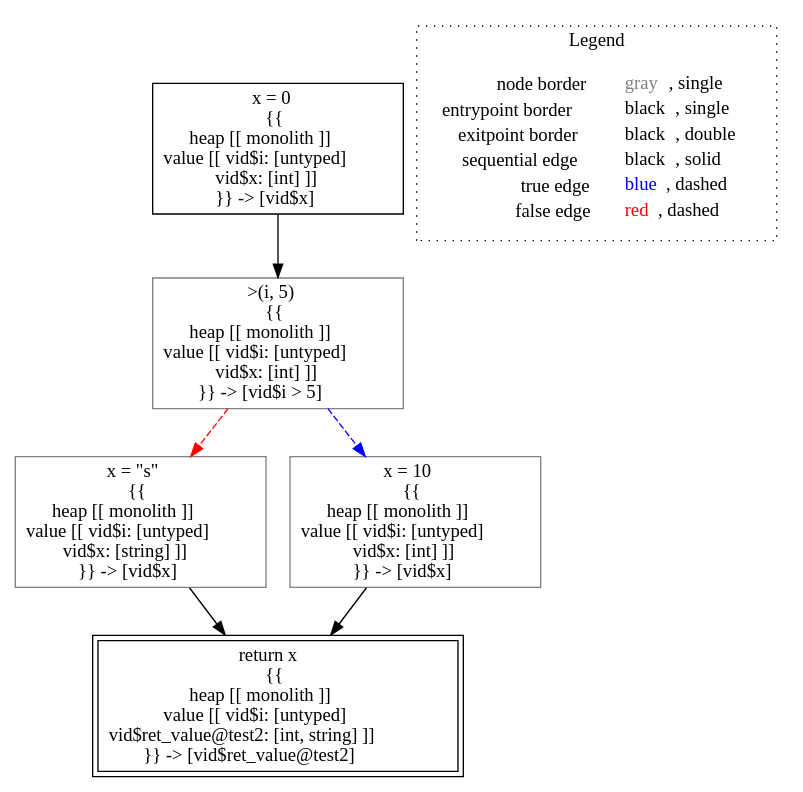
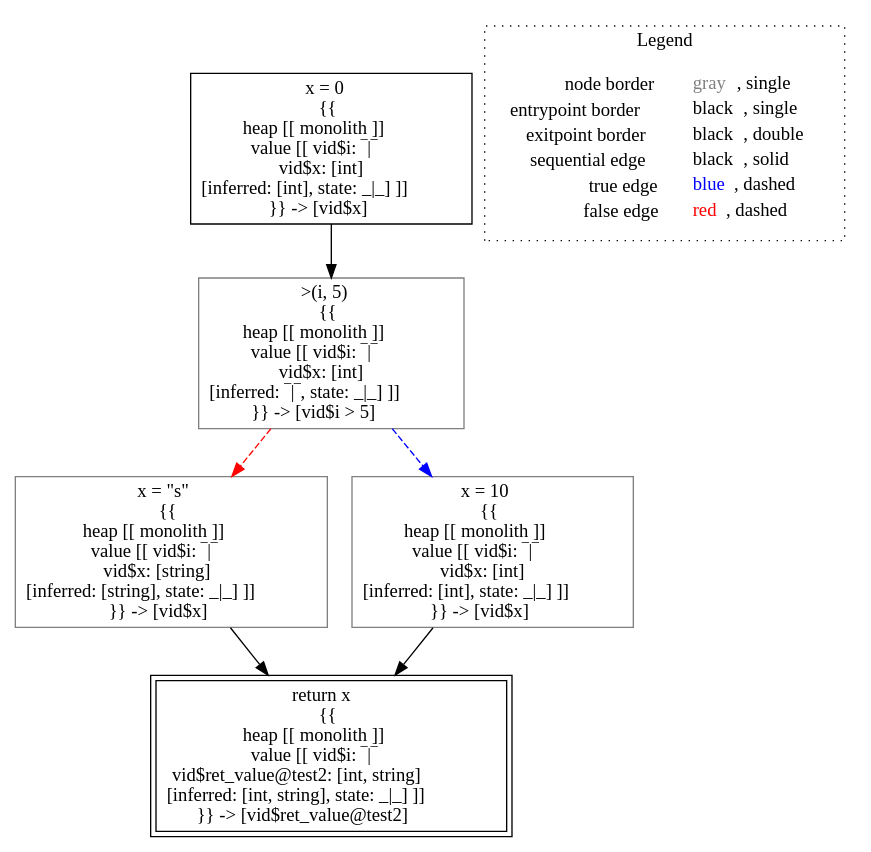
The diagram in lisa/imp-testcases/type-inference/typing___untyped_typing.test2(untyped_i).dot (lisa-analyzer/lisa), drawn with Graphviz before and after one commit. The commit also changed 6 other files, not shown here.

```diff
--- a/lisa/imp-testcases/type-inference/typing___untyped_typing.test2(untyped_i).dot
+++ b/lisa/imp-testcases/type-inference/typing___untyped_typing.test2(untyped_i).dot
@@ -1,19 +1,19 @@
 digraph {
-	"node0" [shape="rect",color="black",label=<x = 0<BR/>{{<BR/>heap [[ monolith ]]<BR/>value [[ vid$i: [untyped]<BR/>vid$x: [int] ]]<BR/>}} -&gt; [vid$x]>];
-	"node1" [shape="rect",color="gray",label=<&gt;(i, 5)<BR/>{{<BR/>heap [[ monolith ]]<BR/>value [[ vid$i: [untyped]<BR/>vid$x: [int] ]]<BR/>}} -&gt; [vid$i &gt; 5]>];
-	"node2" [shape="rect",color="gray",label=<x = &quot;s&quot;<BR/>{{<BR/>heap [[ monolith ]]<BR/>value [[ vid$i: [untyped]<BR/>vid$x: [string] ]]<BR/>}} -&gt; [vid$x]>];
-	"node3" [shape="rect",color="gray",label=<x = 10<BR/>{{<BR/>heap [[ monolith ]]<BR/>value [[ vid$i: [untyped]<BR/>vid$x: [int] ]]<BR/>}} -&gt; [vid$x]>];
-	"node4" [shape="rect",color="black",peripheries="2",label=<return x<BR/>{{<BR/>heap [[ monolith ]]<BR/>value [[ vid$i: [untyped]<BR/>vid$ret_value@test2: [int, string] ]]<BR/>}} -&gt; [vid$ret_value@test2]>];
+	"node0" [shape="rect",color="black",label=<x = 0<BR/>{{<BR/>heap [[ monolith ]]<BR/>value [[ vid$i: &oline;|&oline;<BR/>vid$x: [int]<BR/>[inferred: [int], state: _|_] ]]<BR/>}} -&gt; [vid$x]>];
+	"node1" [shape="rect",color="gray",label=<&gt;(i, 5)<BR/>{{<BR/>heap [[ monolith ]]<BR/>value [[ vid$i: &oline;|&oline;<BR/>vid$x: [int]<BR/>[inferred: &oline;|&oline;, state: _|_] ]]<BR/>}} -&gt; [vid$i &gt; 5]>];
+	"node2" [shape="rect",color="gray",label=<x = &quot;s&quot;<BR/>{{<BR/>heap [[ monolith ]]<BR/>value [[ vid$i: &oline;|&oline;<BR/>vid$x: [string]<BR/>[inferred: [string], state: _|_] ]]<BR/>}} -&gt; [vid$x]>];
+	"node3" [shape="rect",color="black",peripheries="2",label=<return x<BR/>{{<BR/>heap [[ monolith ]]<BR/>value [[ vid$i: &oline;|&oline;<BR/>vid$ret_value@test2: [int, string]<BR/>[inferred: [int, string], state: _|_] ]]<BR/>}} -&gt; [vid$ret_value@test2]>];
+	"node4" [shape="rect",color="gray",label=<x = 10<BR/>{{<BR/>heap [[ monolith ]]<BR/>value [[ vid$i: &oline;|&oline;<BR/>vid$x: [int]<BR/>[inferred: [int], state: _|_] ]]<BR/>}} -&gt; [vid$x]>];
+	"node1" -> "node2" [color="red",style="dashed"];
+	"node1" -> "node4" [color="blue",style="dashed"];
 	"node0" -> "node1" [color="black"];
-	"node1" -> "node2" [color="red",style="dashed"];
-	"node1" -> "node3" [color="blue",style="dashed"];
-	"node2" -> "node4" [color="black"];
-	"node3" -> "node4" [color="black"];
+	"node2" -> "node3" [color="black"];
+	"node4" -> "node3" [color="black"];
 subgraph cluster_legend {
 	label="Legend";
 	style=dotted;
 	node [shape=plaintext];
 	"legend" [label=<<table border="0" cellpadding="2" cellspacing="0" cellborder="0"><tr><td align="right">node border&nbsp;</td><td align="left"><font color="gray">gray</font>, single</td></tr><tr><td align="right">entrypoint border&nbsp;</td><td align="left"><font color="black">black</font>, single</td></tr><tr><td align="right">exitpoint border&nbsp;</td><td align="left"><font color="black">black</font>, double</td></tr><tr><td align="right">sequential edge&nbsp;</td><td align="left"><font color="black">black</font>, solid</td></tr><tr><td align="right">true edge&nbsp;</td><td align="left"><font color="blue">blue</font>, dashed</td></tr><tr><td align="right">false edge&nbsp;</td><td align="left"><font color="red">red</font>, dashed</td></tr></table>>];
 }
 
 }
```
